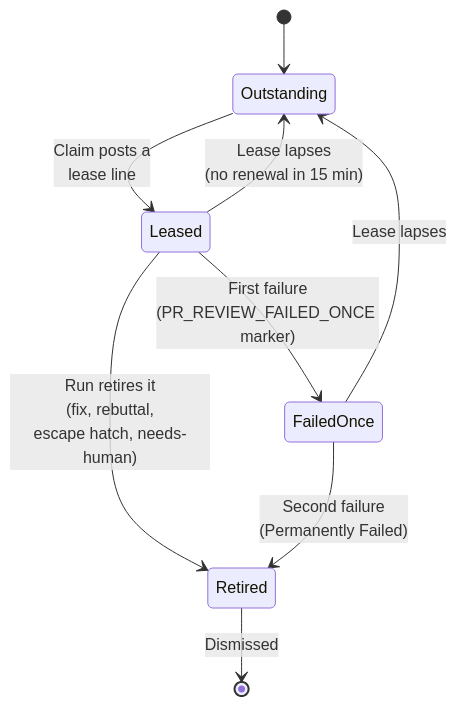
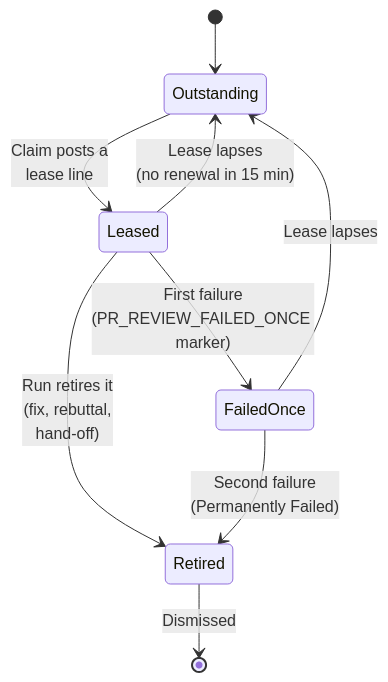
One commit to stSoftwareAU/VibeCoder changed the fourth of 11 diagrams in docs/workflows/pr-feedback.md. Above: the diagram before and after it, drawn with Mermaid. The commit also changed other lines of this file and 24 other files, not shown here.

````diff
--- a/docs/workflows/pr-feedback.md
+++ b/docs/workflows/pr-feedback.md
@@ -396,11 +405,11 @@
 ```mermaid
 stateDiagram-v2
     [*] --> Outstanding
     Outstanding --> Leased : Claim posts a<br/>lease line
     Leased --> Outstanding : Lease lapses<br/>(no renewal in 15 min)
-    Leased --> Retired : Run retires it<br/>(fix, rebuttal,<br/>escape hatch, needs-human)
+    Leased --> Retired : Run retires it<br/>(fix, rebuttal,<br/>hand-off)
     Leased --> FailedOnce : First failure<br/>(PR_REVIEW_FAILED_ONCE marker)
     FailedOnce --> Outstanding : Lease lapses
     FailedOnce --> Retired : Second failure<br/>(Permanently Failed)
     Retired --> [*] : Dismissed
 ```
````
